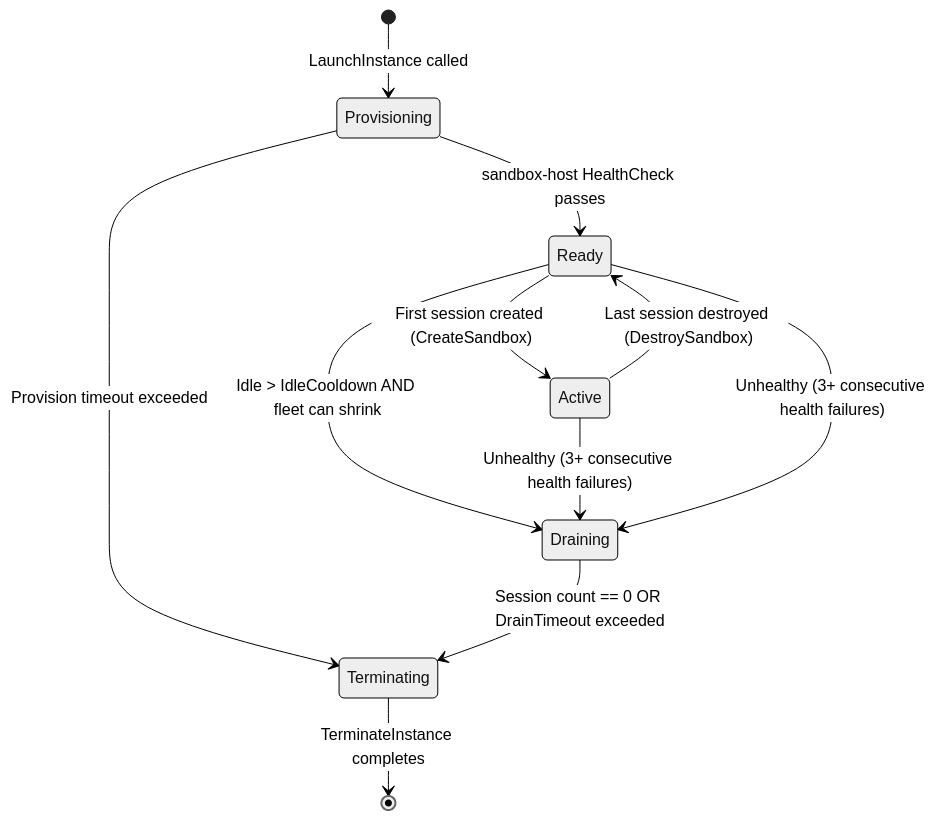
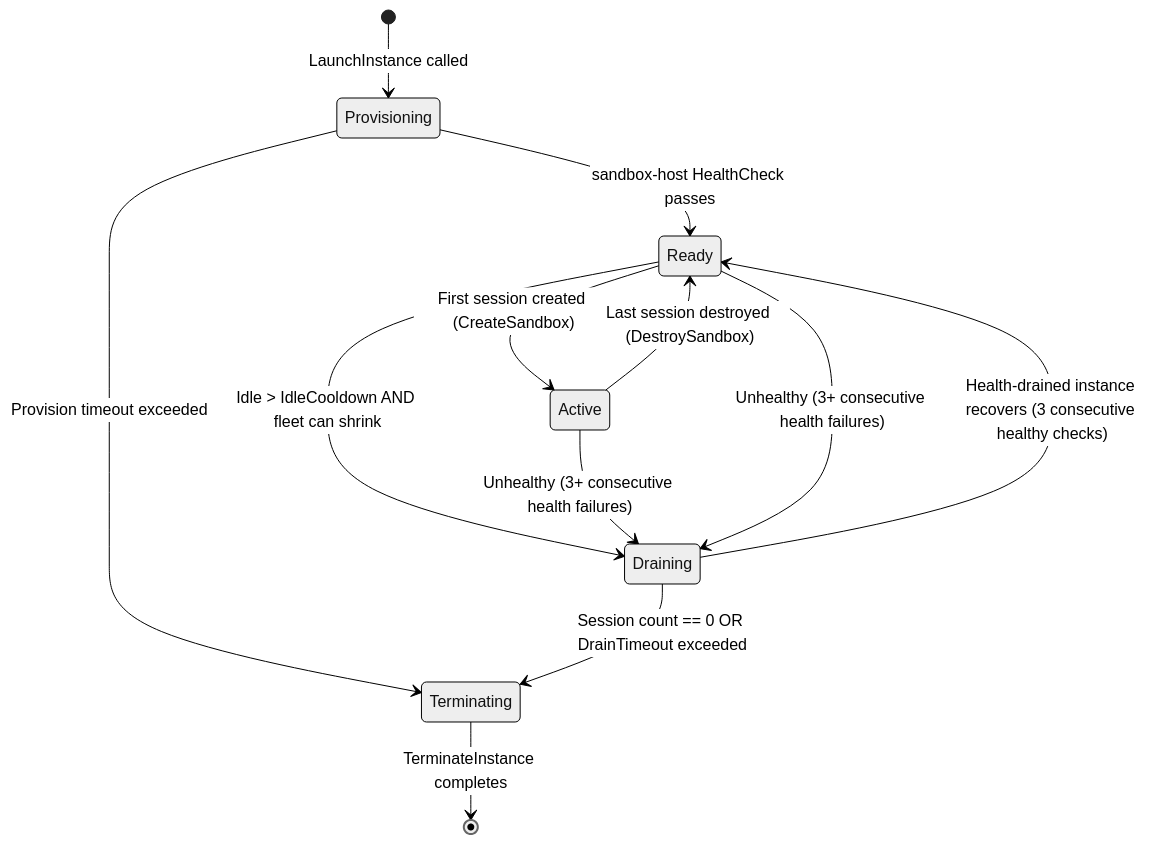
One commit to dcosson/flex-agent-runtime changed the fourth of 4 diagrams in docs/plans/20-fleet-management.md. Above: the diagram before and after it, drawn with Mermaid (neutral theme). The commit also changed other lines of this file and 2 other files, not shown here.

````diff
--- a/docs/plans/20-fleet-management.md
+++ b/docs/plans/20-fleet-management.md
@@ -641,13 +904,14 @@
 ```mermaid
 stateDiagram-v2
     [*] --> Provisioning: LaunchInstance called
     Provisioning --> Ready: sandbox-host HealthCheck passes
     Provisioning --> Terminating: Provision timeout exceeded
     Ready --> Active: First session created (CreateSandbox)
     Active --> Ready: Last session destroyed (DestroySandbox)
     Ready --> Draining: Idle > IdleCooldown AND fleet can shrink
     Active --> Draining: Unhealthy (3+ consecutive health failures)
     Ready --> Draining: Unhealthy (3+ consecutive health failures)
+    Draining --> Ready: Health-drained instance recovers (3 consecutive healthy checks)
     Draining --> Terminating: Session count == 0 OR DrainTimeout exceeded
     Terminating --> [*]: TerminateInstance completes
 ```
````
